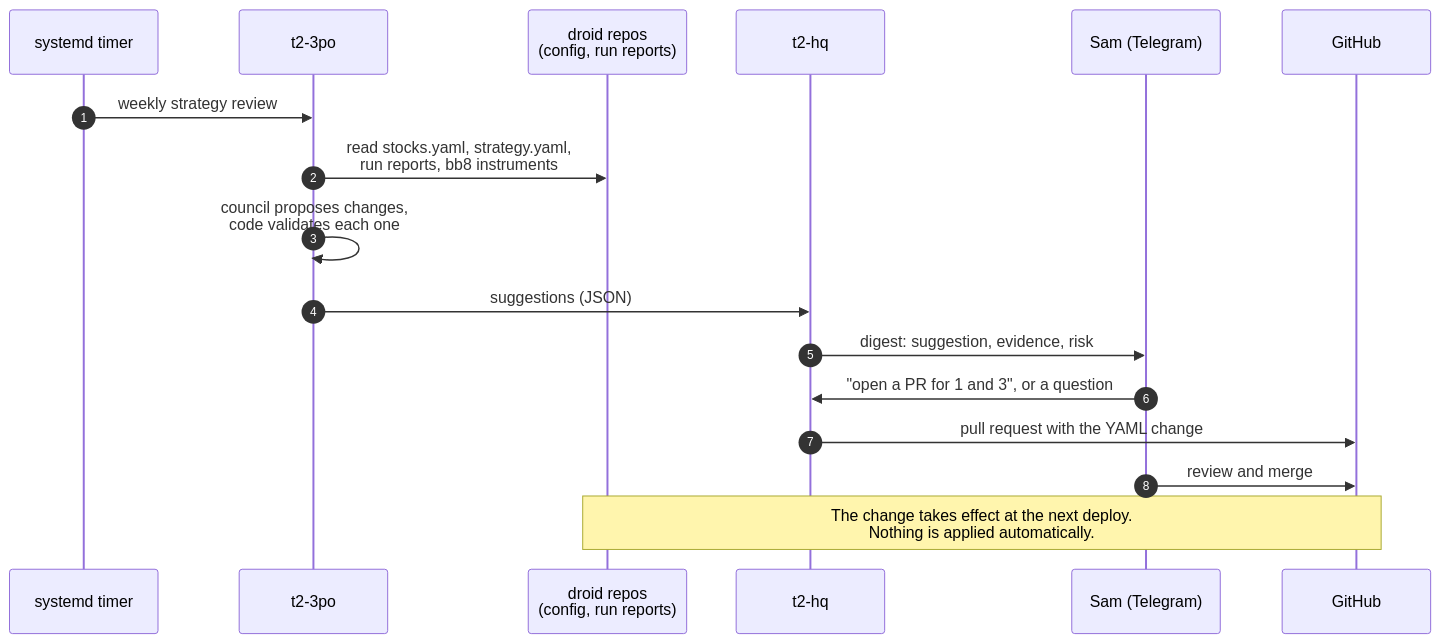
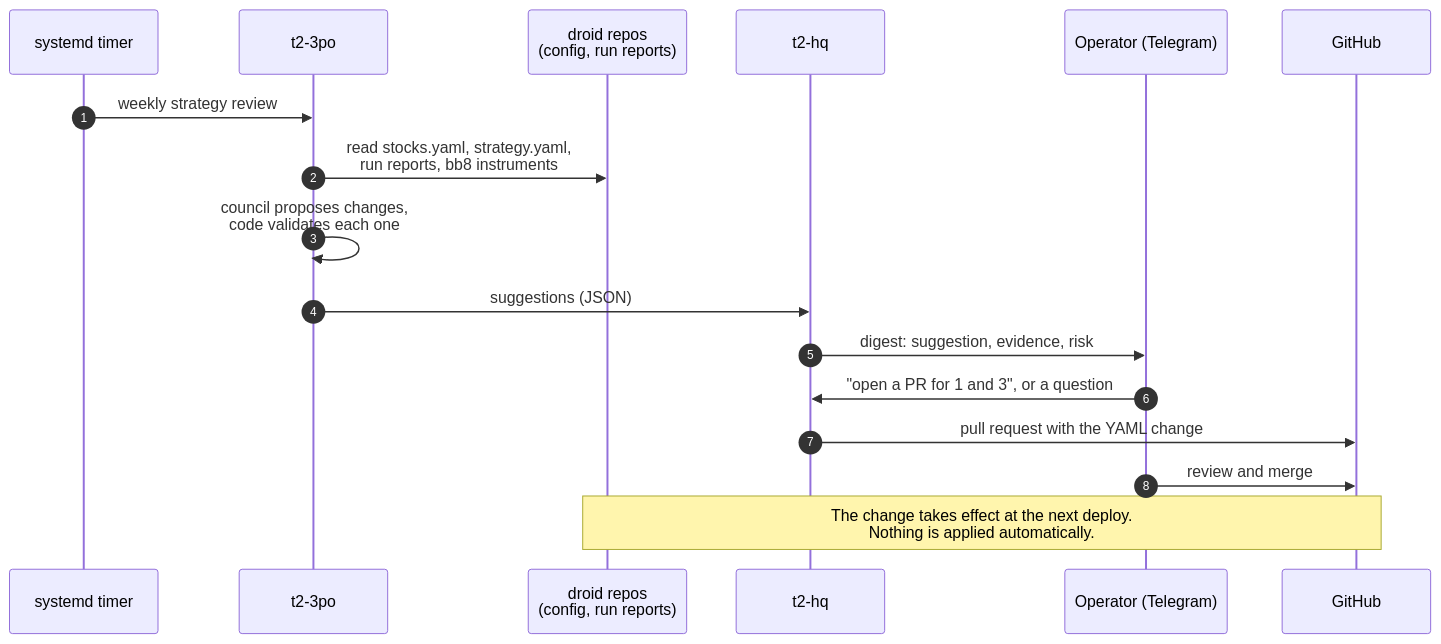
Before and after one commit to samlarsen1/t2-hq: the second of 3 diagrams in ARCHITECTURE.md, drawn with Mermaid. The commit also changed other lines of this file and 3 other files, not shown here.

````diff
--- a/ARCHITECTURE.md
+++ b/ARCHITECTURE.md
@@ -70,20 +71,20 @@
 ```mermaid
 sequenceDiagram
     autonumber
     participant T as systemd timer
     participant C as t2-3po
     participant R as droid repos<br/>(config, run reports)
     participant H as t2-hq
-    participant S as Sam (Telegram)
+    participant S as Operator (Telegram)
     participant G as GitHub
 
     T->>C: weekly strategy review
     C->>R: read stocks.yaml, strategy.yaml,<br/>run reports, bb8 instruments
     C->>C: council proposes changes,<br/>code validates each one
     C->>H: suggestions (JSON)
     H->>S: digest: suggestion, evidence, risk
     S->>H: "open a PR for 1 and 3", or a question
     H->>G: pull request with the YAML change
     S->>G: review and merge
     Note over R,G: The change takes effect at the next deploy.<br/>Nothing is applied automatically.
 ```
````
